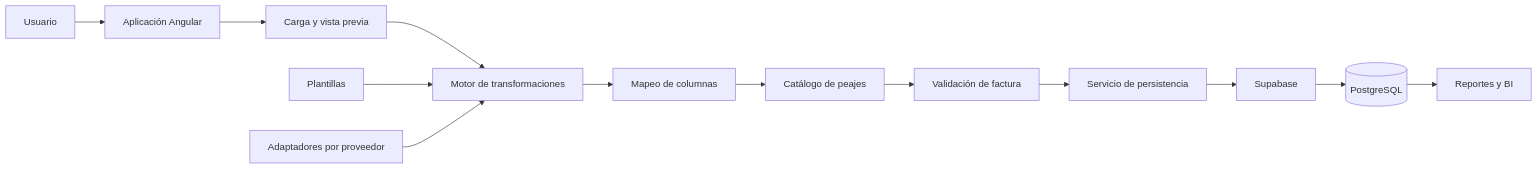
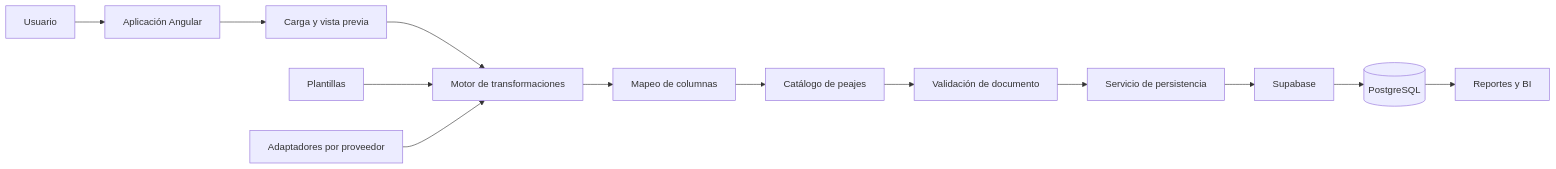
One commit to Briian3306/Transporte changed the fourth of 4 diagrams in ibarra-app/docs/plan/peaje-prd-es.md. Above: the diagram before and after it, drawn with Mermaid. The commit also changed other lines of this file and 177 other files, not shown here.

````diff
--- a/ibarra-app/docs/plan/peaje-prd-es.md
+++ b/ibarra-app/docs/plan/peaje-prd-es.md
@@ -1582,16 +1674,16 @@
 ```mermaid
 flowchart LR
     U[Usuario] --> A[Aplicación Angular]
     A --> UP[Carga y vista previa]
     UP --> TR[Motor de transformaciones]
     TR --> MP[Mapeo de columnas]
     MP --> PC[Catálogo de peajes]
-    PC --> FV[Validación de factura]
+    PC --> FV[Validación de documento]
     FV --> SV[Servicio de persistencia]
     SV --> SB[Supabase]
     SB --> DB[(PostgreSQL)]
     DB --> BI[Reportes y BI]
 
     TP[Plantillas] --> TR
     AD[Adaptadores por proveedor] --> TR
 ```
````
